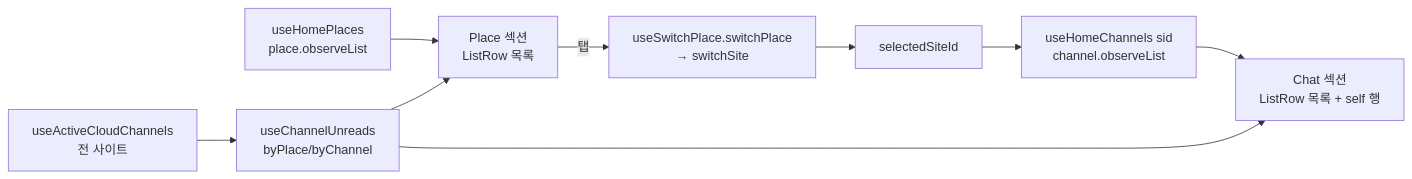
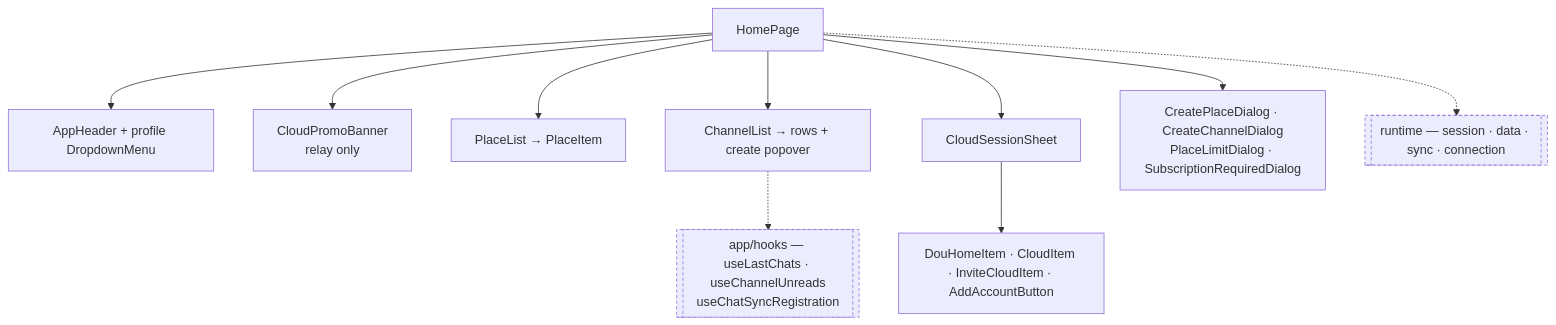
One commit to lemoncloud-io/dou-app changed the diagram in apps/web/docs/feature/home/README.md. Above: the diagram before and after it, drawn with Mermaid. The commit also changed other lines of this file and 2 other files, not shown here.

````diff
--- a/apps/web/docs/feature/home/README.md
+++ b/apps/web/docs/feature/home/README.md
@@ -124,11 +60,16 @@
 ```mermaid
-flowchart LR
-    HP[useHomePlaces<br/>place.observeList] --> PL[Place 섹션<br/>ListRow 목록]
-    PL -->|탭| SW[useSwitchPlace.switchPlace<br/>→ switchSite]
-    SW --> SEL[selectedSiteId]
-    SEL --> HC[useHomeChannels sid<br/>channel.observeList]
-    HC --> CL[Chat 섹션<br/>ListRow 목록 + self 행]
-    ACC[useActiveCloudChannels<br/>전 사이트] --> UN[useChannelUnreads<br/>byPlace/byChannel]
-    UN --> PL
-    UN --> CL
+flowchart TD
+    HP[HomePage] --> AH[AppHeader + profile DropdownMenu]
+    HP --> PB[CloudPromoBanner<br/>relay only]
+    HP --> PL[PlaceList → PlaceItem]
+    HP --> CL[ChannelList → rows + create popover]
+    HP --> CS[CloudSessionSheet]
+    CS --> CSI[DouHomeItem · CloudItem · InviteCloudItem · AddAccountButton]
+    HP --> DLG[CreatePlaceDialog · CreateChannelDialog<br/>PlaceLimitDialog · SubscriptionRequiredDialog]
+
+    HP -.-> RT[["runtime — session · data · sync · connection"]]
+    CL -.-> SH[["app/hooks — useLastChats · useChannelUnreads<br/>useChatSyncRegistration"]]
+
+    classDef ext stroke-dasharray: 4 3;
+    class RT,SH ext;
 ```
````
